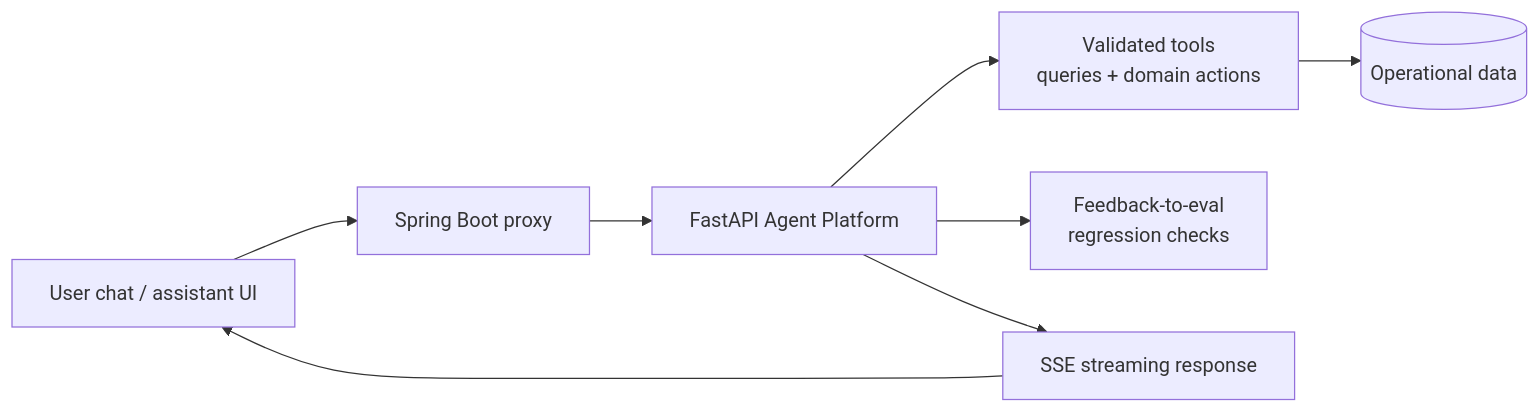
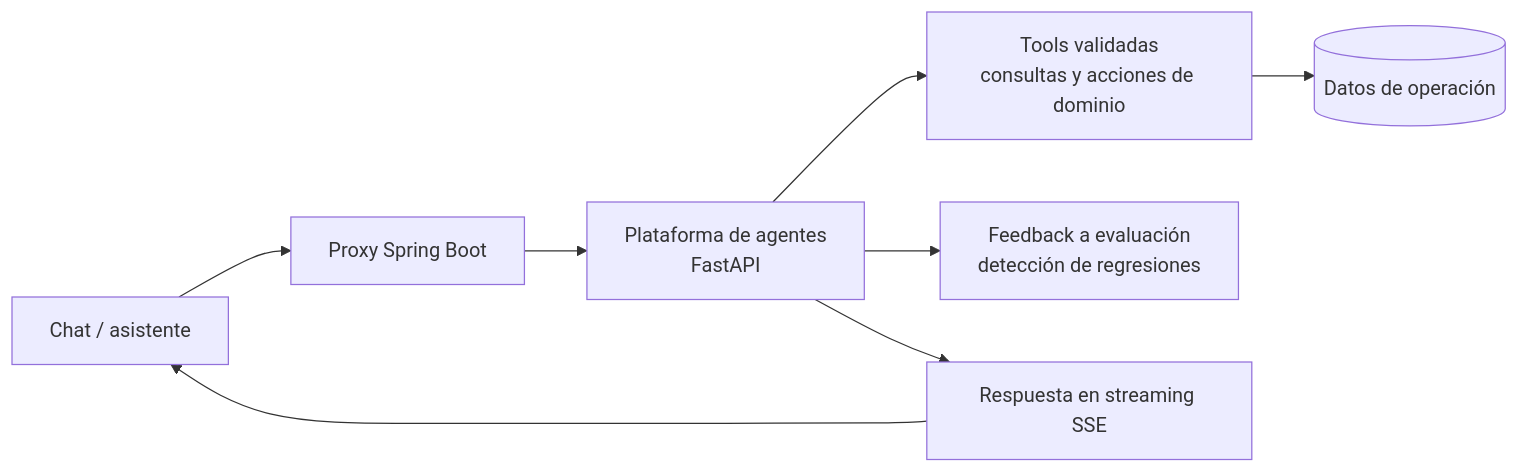
Before and after one commit to rabiiie/rsamadi-portfolio: the fourth of 5 diagrams in diagrams/appfibra-platform.md, drawn with Mermaid. The commit also changed other lines of this file and 8 other files, not shown here.

````diff
--- a/diagrams/appfibra-platform.md
+++ b/diagrams/appfibra-platform.md
@@ -59,10 +59,10 @@
 ```mermaid
 flowchart LR
-    UI["User chat / assistant UI"] --> Proxy["Spring Boot proxy"]
-    Proxy --> Agent["FastAPI Agent Platform"]
-    Agent --> Tools["Validated tools<br/>queries + domain actions"]
-    Tools --> Data[("Operational data")]
-    Agent --> Eval["Feedback-to-eval<br/>regression checks"]
-    Agent --> Stream["SSE streaming response"]
+    UI["Chat / asistente"] --> Proxy["Proxy Spring Boot"]
+    Proxy --> Agent["Plataforma de agentes<br/>FastAPI"]
+    Agent --> Tools["Tools validadas<br/>consultas y acciones de dominio"]
+    Tools --> Data[("Datos de operación")]
+    Agent --> Eval["Feedback a evaluación<br/>detección de regresiones"]
+    Agent --> Stream["Respuesta en streaming SSE"]
     Stream --> UI
 ```
````
